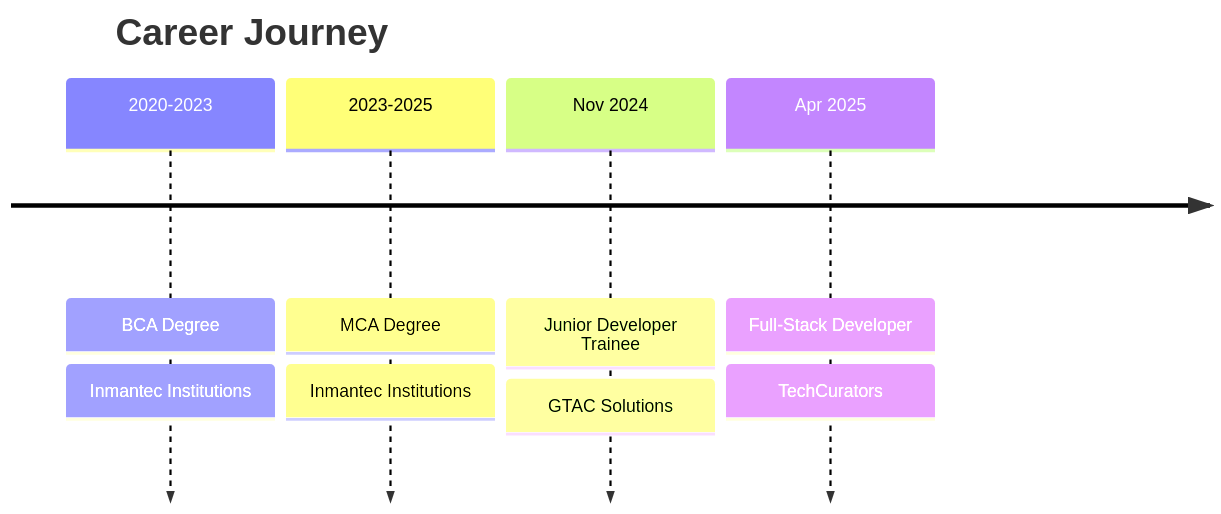
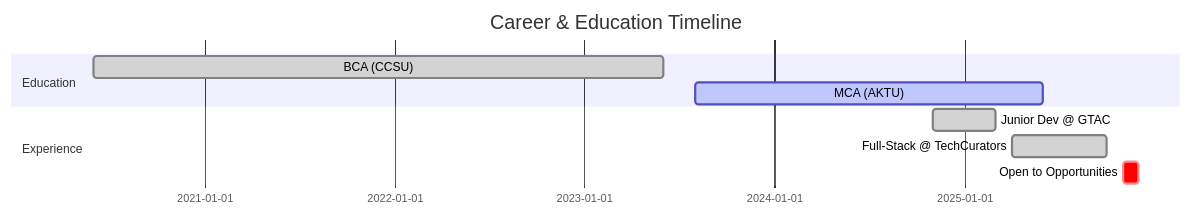
Before and after one commit to TarunGupta2602/TarunGupta2602: the diagram in README.md, drawn with Mermaid. The commit also changed other lines of this file, not shown here.

````diff
--- a/README.md
+++ b/README.md
@@ -150,12 +219,12 @@
 ```mermaid
-timeline
-    title Career Journey
-    2020-2023 : BCA Degree
-              : Inmantec Institutions
-    2023-2025 : MCA Degree
-              : Inmantec Institutions
-    Nov 2024  : Junior Developer Trainee
-              : GTAC Solutions
-    Apr 2025  : Full-Stack Developer
-              : TechCurators
+gantt
+    title Career & Education Timeline
+    dateFormat  YYYY-MM
+    section Education
+    BCA (CCSU)           :done, 2020-06, 2023-06
+    MCA (AKTU)           :active, 2023-08, 2025-06
+    section Experience
+    Junior Dev @ GTAC    :done, 2024-11, 2025-03
+    Full-Stack @ TechCurators :done, 2025-04, 2025-10
+    Open to Opportunities :crit, 2025-11, 2025-12
 ```
````
